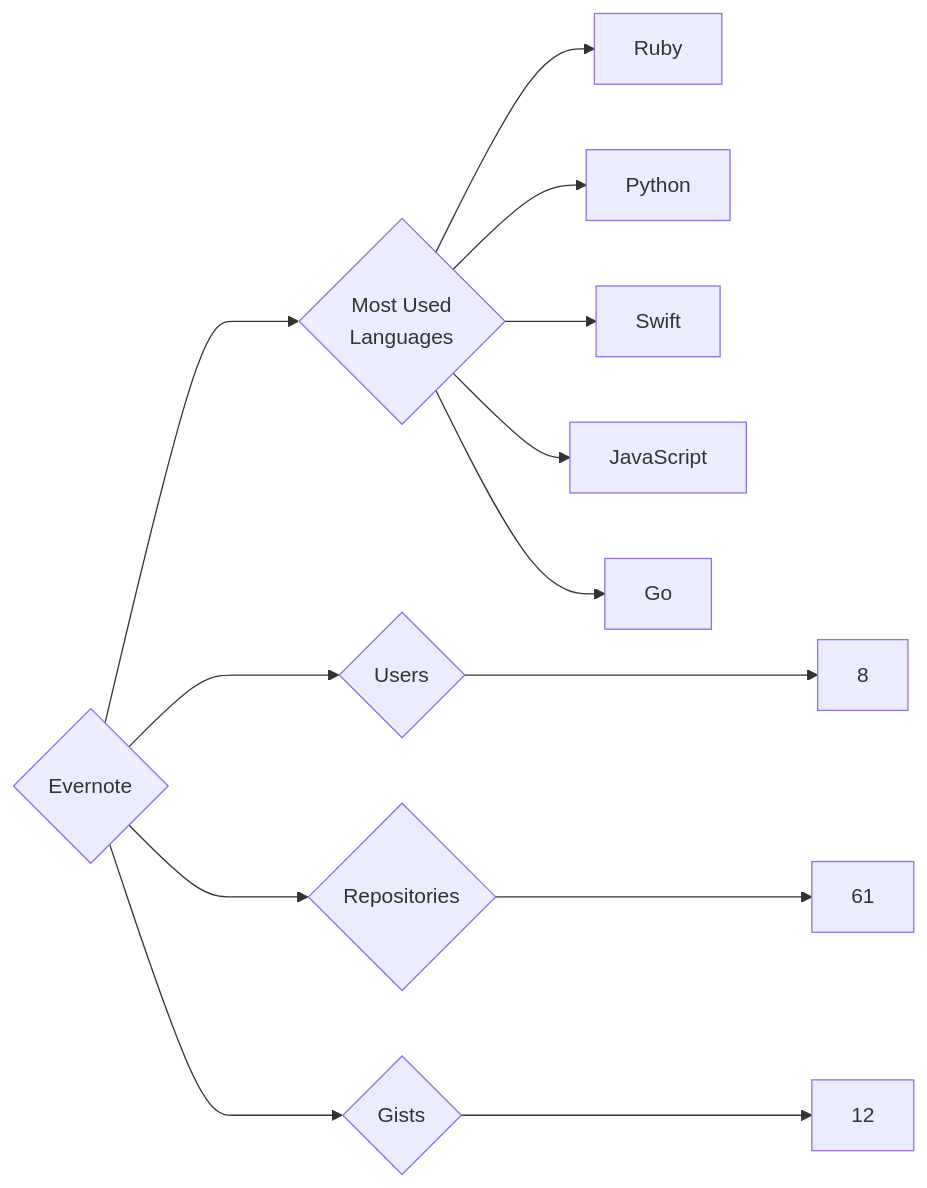
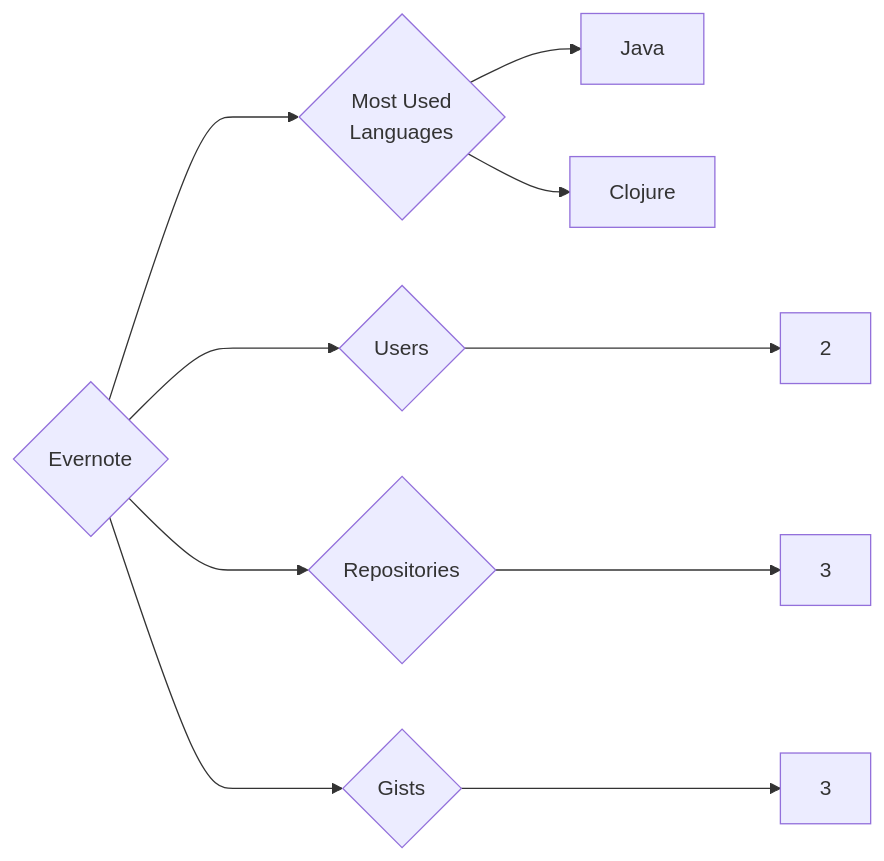
Before and after one commit to trickest/insiders: the diagram in targets/Evernote/README.md, drawn with Mermaid. The commit also changed 559 other files, not shown here.

````diff
--- a/targets/Evernote/README.md
+++ b/targets/Evernote/README.md
@@ -3,13 +3,10 @@
 ```mermaid
 graph LR
 COMPANY_NAME{Evernote}
-COMPANY_NAME ---> U{Users} ---> UN[8]
-COMPANY_NAME ---> R{Repositories} ---> RN[61]
-COMPANY_NAME ---> G{Gists} ---> GN[12]
+COMPANY_NAME ---> U{Users} ---> UN[2]
+COMPANY_NAME ---> R{Repositories} ---> RN[3]
+COMPANY_NAME ---> G{Gists} ---> GN[3]
 COMPANY_NAME ---> ML{Most Used<br>Languages}
-ML --> Ruby[Ruby]
-ML --> Python[Python]
-ML --> Swift[Swift]
-ML --> JavaScript[JavaScript]
-ML --> Go[Go]
+ML --> Java[Java]
+ML --> Clojure[Clojure]
 ```
````
